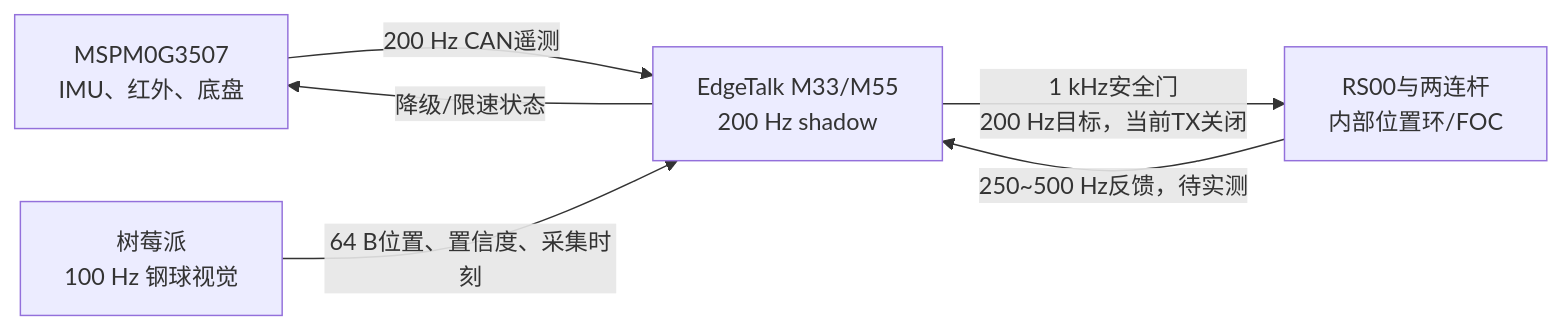
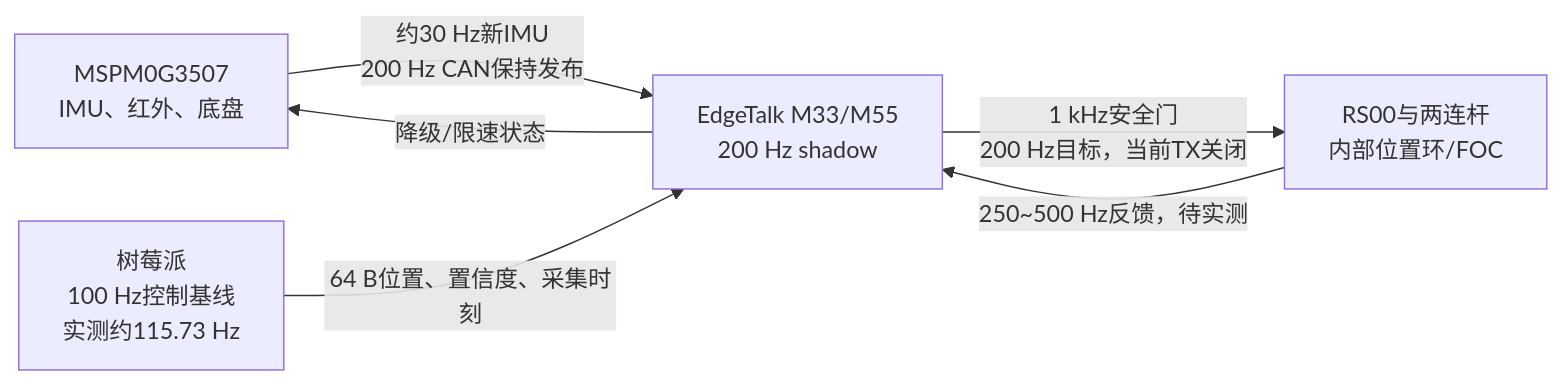
Before and after one commit to HalloYang06/2026_TI: the diagram in README.md, drawn with Mermaid. The commit also changed other lines of this file and 24 other files, not shown here.

````diff
--- a/README.md
+++ b/README.md
@@ -24,8 +24,8 @@
 ```mermaid
 flowchart LR
-    M["MSPM0G3507<br/>IMU、红外、底盘"] -->|"200 Hz CAN遥测"| E["EdgeTalk M33/M55<br/>200 Hz shadow"]
-    P["树莓派<br/>100 Hz 钢球视觉"] -->|"64 B位置、置信度、采集时刻"| E
+    M["MSPM0G3507<br/>IMU、红外、底盘"] -->|"约30 Hz新IMU<br/>200 Hz CAN保持发布"| E["EdgeTalk M33/M55<br/>200 Hz shadow"]
+    P["树莓派<br/>100 Hz控制基线<br/>实测约115.73 Hz"] -->|"64 B位置、置信度、采集时刻"| E
     E -->|"1 kHz安全门<br/>200 Hz目标，当前TX关闭"| B["RS00与两连杆<br/>内部位置环/FOC"]
     B -->|"250~500 Hz反馈，待实测"| E
     E -->|"降级/限速状态"| M
 ```
````
